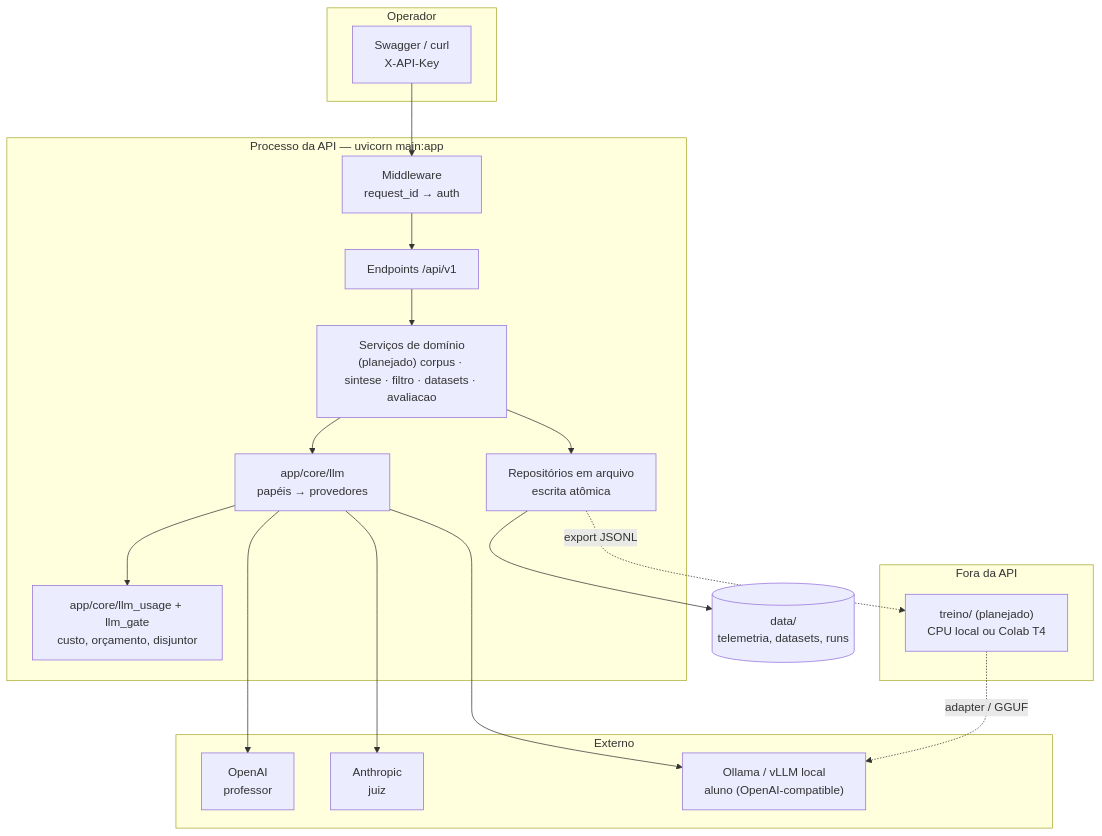
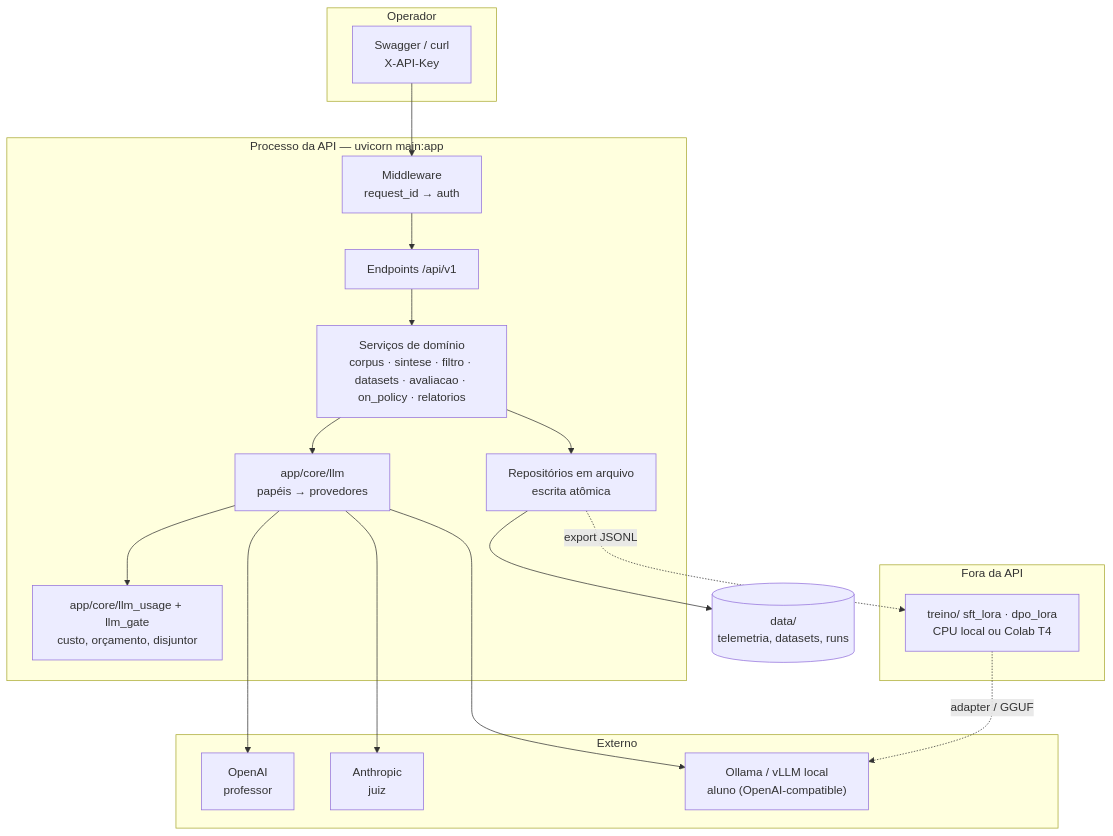
Before and after one commit to ramonmserra/slm-privacy-distill: the first of 11 diagrams in docs/ARQUITETURA.md, drawn with Mermaid. The commit also changed other lines of this file and 72 other files, not shown here.

````diff
--- a/docs/ARQUITETURA.md
+++ b/docs/ARQUITETURA.md
@@ -20,36 +19,36 @@
 ```mermaid
 flowchart TB
     subgraph Operador
         SW["Swagger / curl<br/>X-API-Key"]
     end
 
     subgraph API["Processo da API — uvicorn main:app"]
         MW["Middleware<br/>request_id → auth"]
         EP["Endpoints /api/v1"]
-        SV["Serviços de domínio<br/>(planejado) corpus · sintese · filtro · datasets · avaliacao"]
+        SV["Serviços de domínio<br/>corpus · sintese · filtro · datasets · avaliacao · on_policy · relatorios"]
         LLM["app/core/llm<br/>papéis → provedores"]
         TEL["app/core/llm_usage + llm_gate<br/>custo, orçamento, disjuntor"]
         RP["Repositórios em arquivo<br/>escrita atômica"]
     end
 
     subgraph Externo
         OAI["OpenAI<br/>professor"]
         ANT["Anthropic<br/>juiz"]
         OLL["Ollama / vLLM local<br/>aluno (OpenAI-compatible)"]
     end
 
     subgraph Fora["Fora da API"]
-        TR["treino/ (planejado)<br/>CPU local ou Colab T4"]
+        TR["treino/ sft_lora · dpo_lora<br/>CPU local ou Colab T4"]
     end
 
     FS[("data/<br/>telemetria, datasets, runs")]
 
     SW --> MW --> EP --> SV --> LLM
     SV --> RP --> FS
     LLM --> TEL
     LLM --> OAI
     LLM --> ANT
     LLM --> OLL
     RP -. export JSONL .-> TR
     TR -. adapter / GGUF .-> OLL
 ```
````
